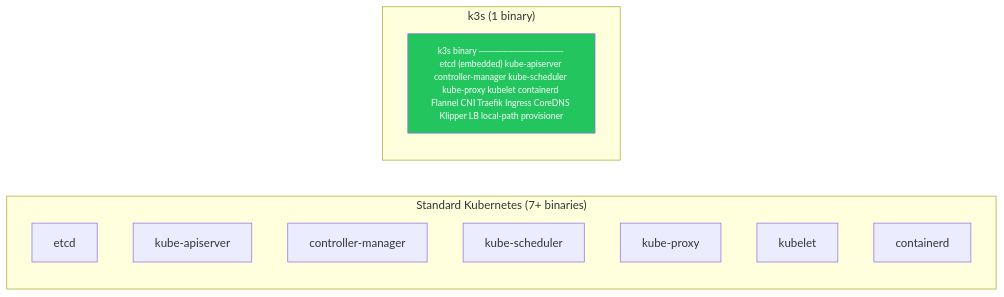
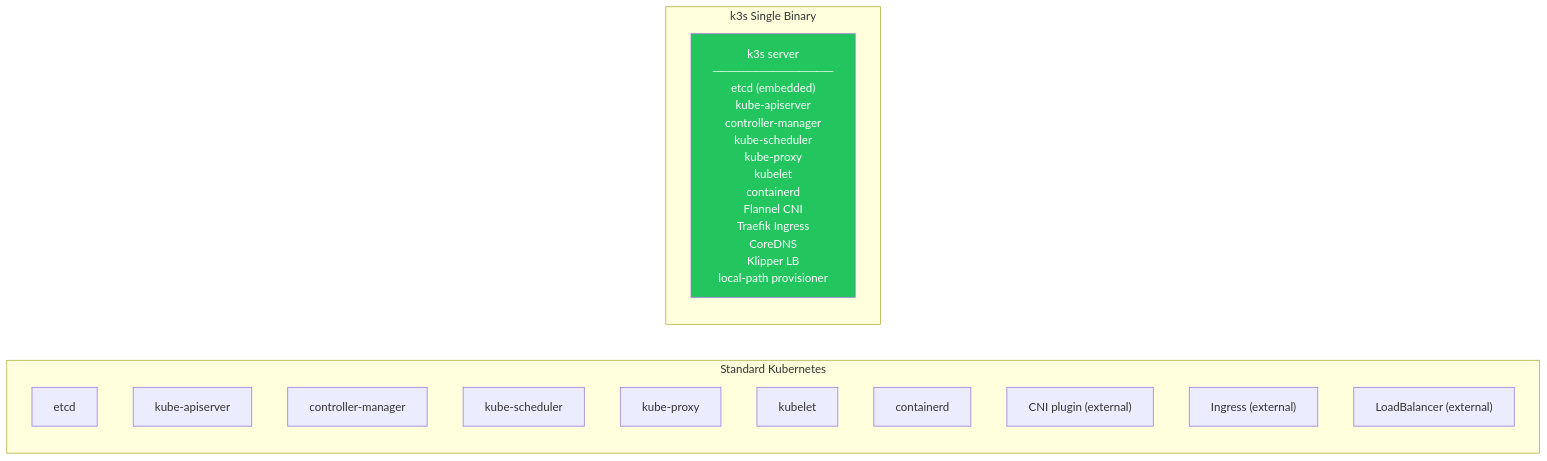
Before and after one commit to UncleJS/course_k3s: the first of 6 diagrams in 01_introduction/01_what_is_k3s.md, drawn with Mermaid. The commit also changed other lines of this file and 45 other files, not shown here.

First line of the commit message:
Expand all course lessons: Mermaid diagrams + rich prose across 43 files

````diff
--- a/01_introduction/01_what_is_k3s.md
+++ b/01_introduction/01_what_is_k3s.md
@@ -53,16 +64,19 @@
 ```mermaid
 graph LR
-    subgraph "Standard Kubernetes (7+ binaries)"
-        E[etcd]
-        API[kube-apiserver]
-        CM[controller-manager]
-        SCH[kube-scheduler]
-        KP[kube-proxy]
-        KL[kubelet]
-        CR[containerd]
+    subgraph "Standard Kubernetes"
+        E["etcd"]
+        API["kube-apiserver"]
+        CM["controller-manager"]
+        SCH["kube-scheduler"]
+        KP["kube-proxy"]
+        KL["kubelet"]
+        CR["containerd"]
+        CNI["CNI plugin (external)"]
+        ING["Ingress (external)"]
+        LB["LoadBalancer (external)"]
     end
-    subgraph "k3s (1 binary)"
-        K3S["k3s binary ───────────── etcd (embedded) kube-apiserver controller-manager kube-scheduler kube-proxy kubelet containerd Flannel CNI Traefik Ingress CoreDNS Klipper LB local-path provisioner"]
+    subgraph "k3s Single Binary"
+        K3S["k3s server<br/>──────────────<br/>etcd (embedded)<br/>kube-apiserver<br/>controller-manager<br/>kube-scheduler<br/>kube-proxy<br/>kubelet<br/>containerd<br/>Flannel CNI<br/>Traefik Ingress<br/>CoreDNS<br/>Klipper LB<br/>local-path provisioner"]
     end
-    style K3S fill:#22c55e,color:#fff,font-size:12px
+    style K3S fill:#22c55e,color:#fff
 ```
````
